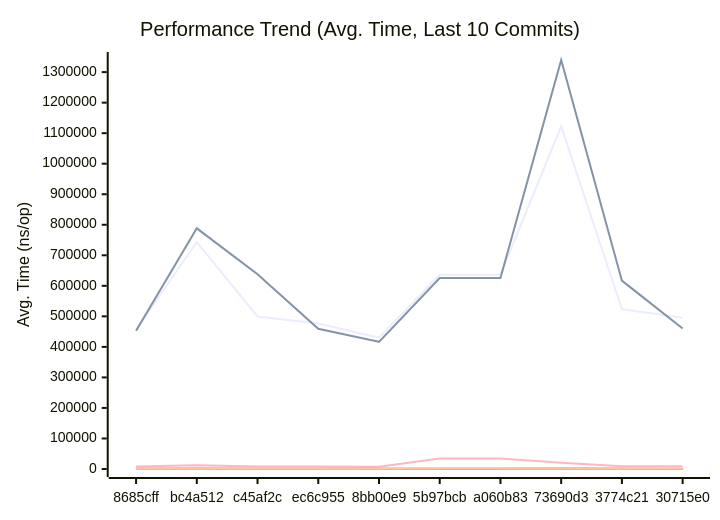
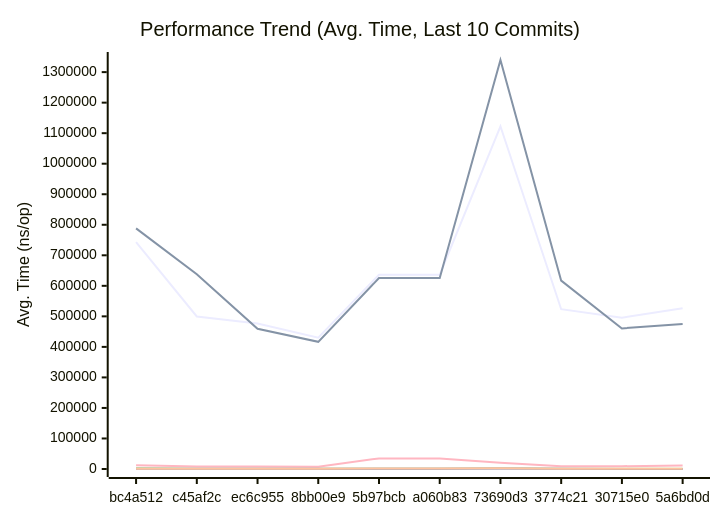
Before and after one commit to alsotoes/momo: the first of 3 diagrams in docs/PERFORMANCE.md, drawn with Mermaid. The commit also changed other lines of this file and 15 other files, not shown here.

````diff
--- a/docs/PERFORMANCE.md
+++ b/docs/PERFORMANCE.md
@@ -146,20 +145,20 @@
 ```mermaid
 xychart-beta
     title "Performance Trend (Avg. Time, Last 10 Commits)"
     x-axis "Commit"
     y-axis "Avg. Time (ns/op)"
-    x-axis [8685cff,bc4a512,c45af2c,ec6c955,8bb00e9,5b97bcb,a060b83,73690d3,3774c21,30715e0]
-    line "AWSChunkedReaderSigned" [455946,743381,499698,476394,430367,636323,636323,1122523,523462,495636]
-    line "AWSChunkedReaderUnsigned" [452536,788330,637971,459420,416513,625607,625607,1339704,616920,460494]
-    line "CheckMetricsAndSwap" [8,14,9,8,8,19,19,26,13,11]
-    line "CrushOptimized" [318,551,318,348,309,680,680,668,404,465]
-    line "CrushOriginal" [454,2113,682,547,422,752,752,1263,789,466]
-    line "IndexDirectTracking" [0,1,0,0,0,0,0,1,1,0]
-    line "IndexSearch" [3,4,3,3,3,3,3,4,2,3]
-    line "LoadGlobalConfig" [8376,12340,8029,8057,7072,34747,34747,20485,8970,9224]
-    line "PadString" [48,81,49,48,39,128,128,128,43,48]
+    x-axis [bc4a512,c45af2c,ec6c955,8bb00e9,5b97bcb,a060b83,73690d3,3774c21,30715e0,5a6bd0d]
+    line "AWSChunkedReaderSigned" [743381,499698,476394,430367,636323,636323,1122523,523462,495636,526187]
+    line "AWSChunkedReaderUnsigned" [788330,637971,459420,416513,625607,625607,1339704,616920,460494,474985]
+    line "CheckMetricsAndSwap" [14,9,8,8,19,19,26,13,11,9]
+    line "CrushOptimized" [551,318,348,309,680,680,668,404,465,338]
+    line "CrushOriginal" [2113,682,547,422,752,752,1263,789,466,508]
+    line "IndexDirectTracking" [1,0,0,0,0,0,1,1,0,0]
+    line "IndexSearch" [4,3,3,3,3,3,4,2,3,3]
+    line "LoadGlobalConfig" [12340,8029,8057,7072,34747,34747,20485,8970,9224,11173]
+    line "PadString" [81,49,48,39,128,128,128,43,48,49]
     line "ParseReplicationOrder_NoPrealloc" [350,349,357,354,345,225,229,165,232,234]
     line "ParseReplicationOrder_Prealloc" [229,231,237,234,229,108,107,80,110,109]
-    line "SanitizeLog/Safe" [446,711,548,506,417,827,827,1308,563,313]
-    line "SanitizeLog/Unsafe" [605,1045,670,548,504,1598,1598,2365,598,812]
+    line "SanitizeLog/Safe" [711,548,506,417,827,827,1308,563,313,284]
+    line "SanitizeLog/Unsafe" [1045,670,548,504,1598,1598,2365,598,812,896]
 ```
````
